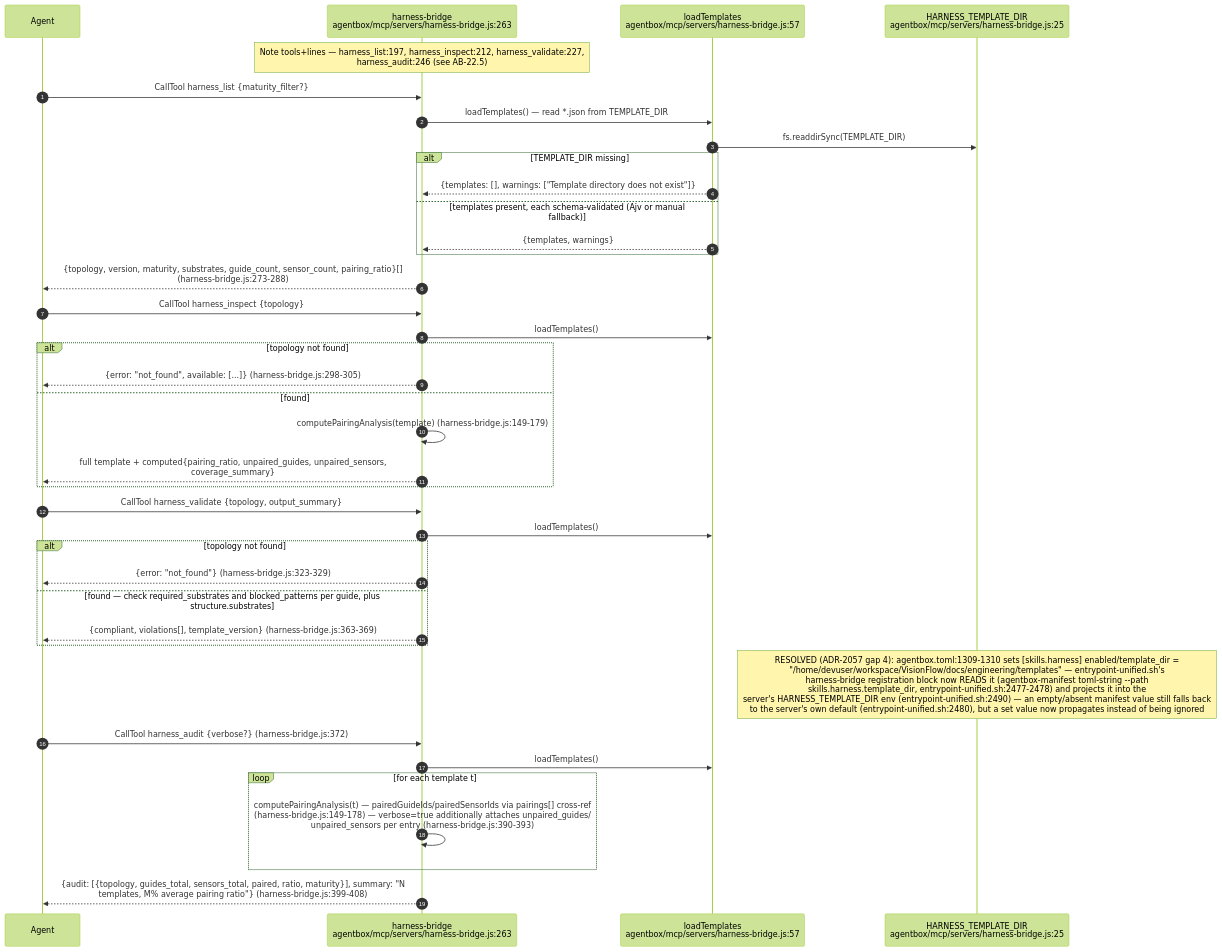
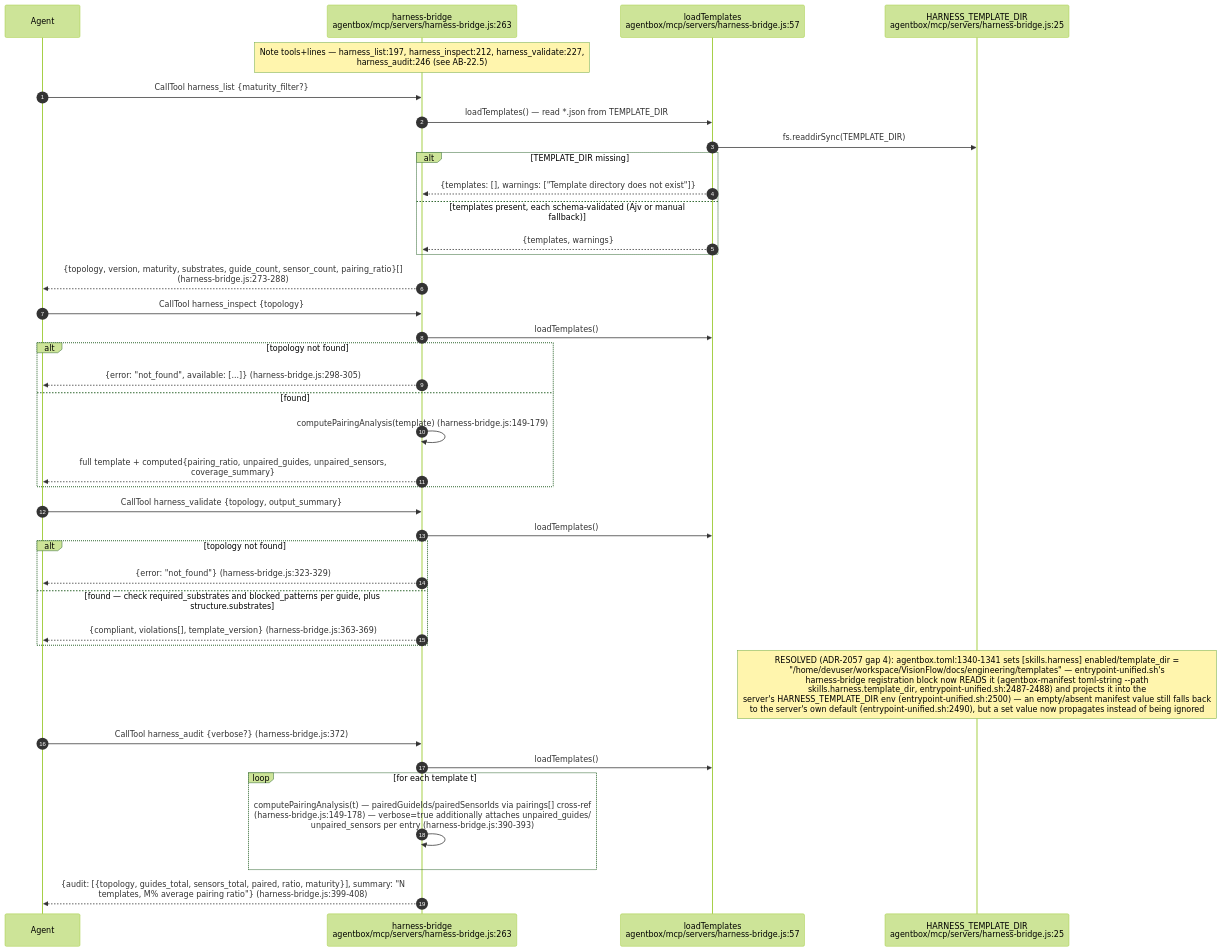
One commit to DreamLab-AI/VisionFlow changed the fifth of 12 diagrams in docs/diagrams/agentbox/22-skills-and-routing.md. Above: the diagram before and after it, drawn with Mermaid (forest theme). The commit also changed other lines of this file and 7 other files, not shown here.

````diff
--- a/docs/diagrams/agentbox/22-skills-and-routing.md
+++ b/docs/diagrams/agentbox/22-skills-and-routing.md
@@ -222,44 +222,44 @@
 ```mermaid
 sequenceDiagram
     autonumber
     participant AG as Agent
     participant HB as harness-bridge<br/>agentbox/mcp/servers/harness-bridge.js:263
     participant LT as loadTemplates<br/>agentbox/mcp/servers/harness-bridge.js:57
     participant TD as HARNESS_TEMPLATE_DIR<br/>agentbox/mcp/servers/harness-bridge.js:25
 
     Note over HB: Note tools+lines — harness_list:197, harness_inspect:212, harness_validate:227,<br/>harness_audit:246 (see AB-22.5)
     AG->>HB: CallTool harness_list {maturity_filter?}
     HB->>LT: loadTemplates() — read *.json from TEMPLATE_DIR
     LT->>TD: fs.readdirSync(TEMPLATE_DIR)
     alt TEMPLATE_DIR missing
         LT-->>HB: {templates: [], warnings: ["Template directory does not exist"]}
     else templates present, each schema-validated (Ajv or manual fallback)
         LT-->>HB: {templates, warnings}
     end
     HB-->>AG: {topology, version, maturity, substrates, guide_count, sensor_count, pairing_ratio}[]<br/>(harness-bridge.js:273-288)
 
     AG->>HB: CallTool harness_inspect {topology}
     HB->>LT: loadTemplates()
     alt topology not found
         HB-->>AG: {error: "not_found", available: [...]} (harness-bridge.js:298-305)
     else found
         HB->>HB: computePairingAnalysis(template) (harness-bridge.js:149-179)
         HB-->>AG: full template + computed{pairing_ratio, unpaired_guides, unpaired_sensors,<br/>coverage_summary}
     end
 
     AG->>HB: CallTool harness_validate {topology, output_summary}
     HB->>LT: loadTemplates()
     alt topology not found
         HB-->>AG: {error: "not_found"} (harness-bridge.js:323-329)
     else found — check required_substrates and blocked_patterns per guide, plus structure.substrates
         HB-->>AG: {compliant, violations[], template_version} (harness-bridge.js:363-369)
     end
-    Note over TD: RESOLVED (ADR-2057 gap 4): agentbox.toml:1309-1310 sets [skills.harness] enabled/template_dir =<br/>"/home/devuser/workspace/VisionFlow/docs/engineering/templates" — entrypoint-unified.sh's<br/>harness-bridge registration block now READS it (agentbox-manifest toml-string --path<br/>skills.harness.template_dir, entrypoint-unified.sh:2477-2478) and projects it into the<br/>server's HARNESS_TEMPLATE_DIR env (entrypoint-unified.sh:2490) — an empty/absent manifest value still falls back<br/>to the server's own default (entrypoint-unified.sh:2480), but a set value now propagates instead of being ignored
+    Note over TD: RESOLVED (ADR-2057 gap 4): agentbox.toml:1340-1341 sets [skills.harness] enabled/template_dir =<br/>"/home/devuser/workspace/VisionFlow/docs/engineering/templates" — entrypoint-unified.sh's<br/>harness-bridge registration block now READS it (agentbox-manifest toml-string --path<br/>skills.harness.template_dir, entrypoint-unified.sh:2487-2488) and projects it into the<br/>server's HARNESS_TEMPLATE_DIR env (entrypoint-unified.sh:2500) — an empty/absent manifest value still falls back<br/>to the server's own default (entrypoint-unified.sh:2490), but a set value now propagates instead of being ignored
 
     AG->>HB: CallTool harness_audit {verbose?} (harness-bridge.js:372)
     HB->>LT: loadTemplates()
     loop for each template t
         HB->>HB: computePairingAnalysis(t) — pairedGuideIds/pairedSensorIds via pairings[] cross-ref<br/>(harness-bridge.js:149-178) — verbose=true additionally attaches unpaired_guides/<br/>unpaired_sensors per entry (harness-bridge.js:390-393)
     end
     HB-->>AG: {audit: [{topology, guides_total, sensors_total, paired, ratio, maturity}], summary: "N<br/>templates, M% average pairing ratio"} (harness-bridge.js:399-408)
 ```
````
